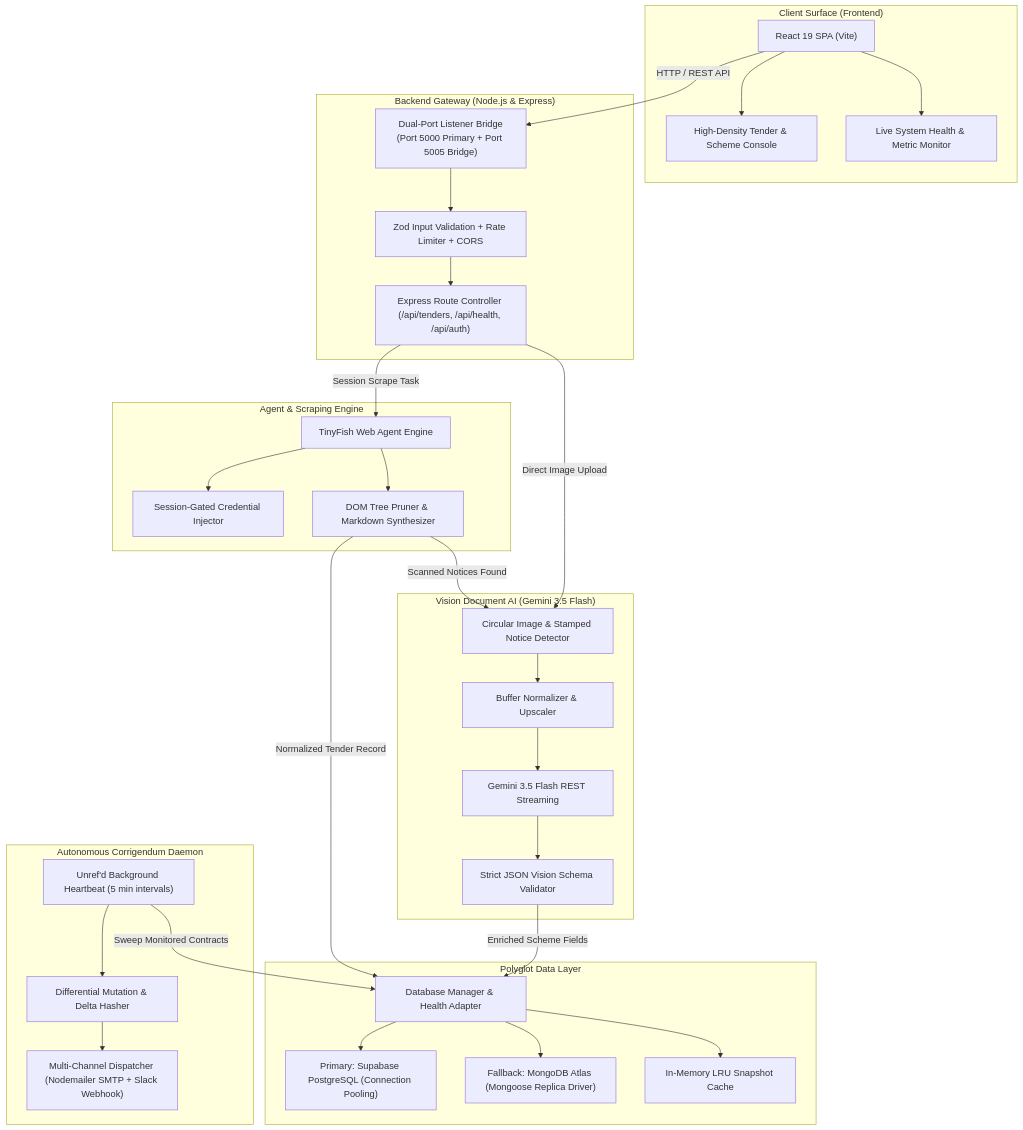
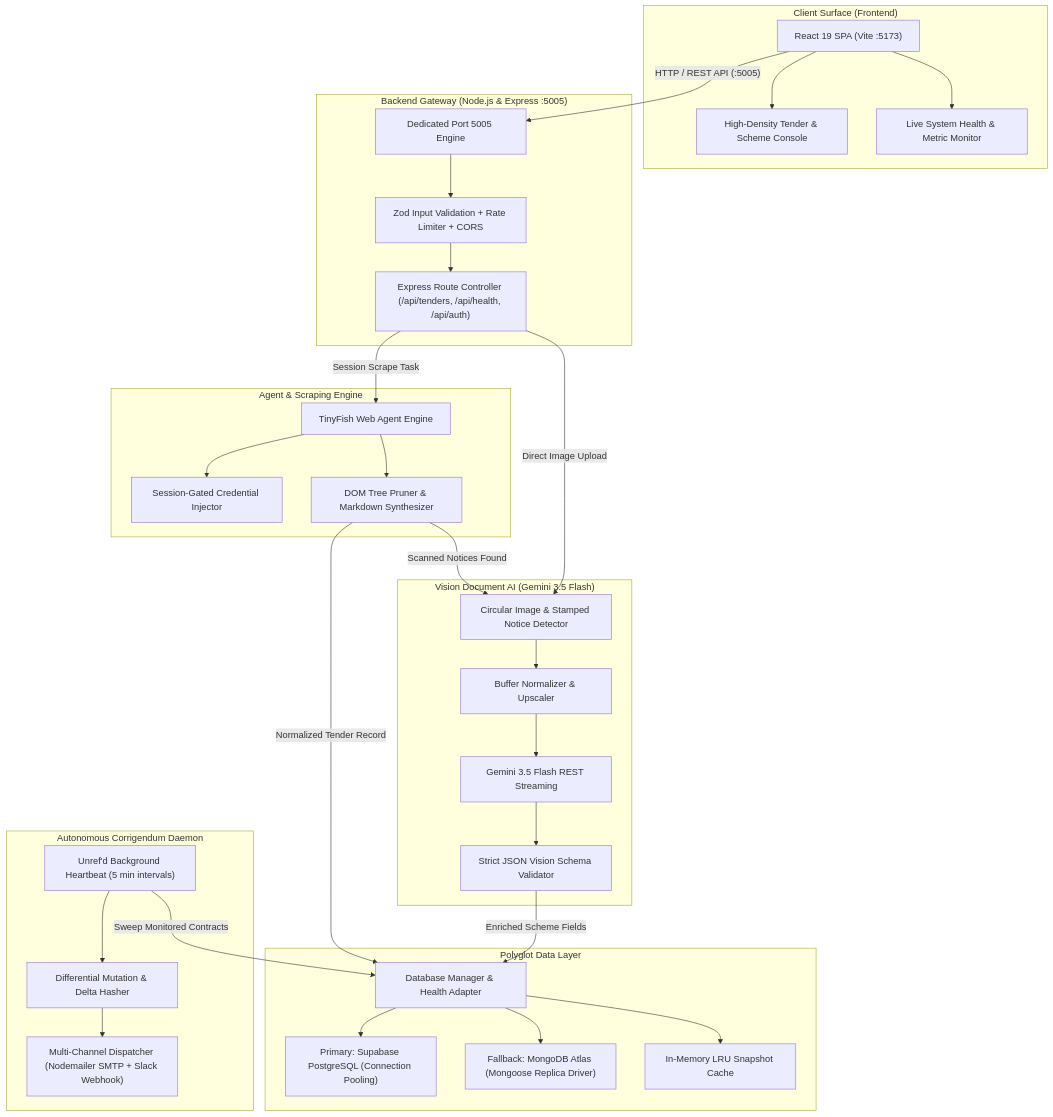
Before and after one commit to IshantXM/sarkari-sugam-ai: the first of 2 diagrams in README.md, drawn with Mermaid. The commit also changed other lines of this file and 13 other files, not shown here.

Commit message:
fix: standardize backend on single port 5005 and remove unnecessary asset images

````diff
--- a/README.md
+++ b/README.md
@@ -61,58 +89,58 @@
 ```mermaid
 graph TB
     subgraph Client_Surface ["Client Surface (Frontend)"]
-        UI["React 19 SPA (Vite)"]
+        UI["React 19 SPA (Vite :5173)"]
         Console["High-Density Tender & Scheme Console"]
         Telemetry["Live System Health & Metric Monitor"]
         UI --> Console
         UI --> Telemetry
     end
 
-    subgraph API_Gateway ["Backend Gateway (Node.js & Express)"]
-        DualPort["Dual-Port Listener Bridge\n(Port 5000 Primary + Port 5005 Bridge)"]
+    subgraph API_Gateway ["Backend Gateway (Node.js & Express :5005)"]
+        SinglePort["Dedicated Port 5005 Engine"]
         Middleware["Zod Input Validation + Rate Limiter + CORS"]
         Router["Express Route Controller (/api/tenders, /api/health, /api/auth)"]
-        DualPort --> Middleware --> Router
+        SinglePort --> Middleware --> Router
     end
 
     subgraph Agent_Intelligence ["Agent & Scraping Engine"]
         TinyFish["TinyFish Web Agent Engine"]
         SessionAuth["Session-Gated Credential Injector"]
         DOMPruner["DOM Tree Pruner & Markdown Synthesizer"]
         TinyFish --> SessionAuth
         TinyFish --> DOMPruner
     end
 
     subgraph Multimodal_Vision ["Vision Document AI (Gemini 3.5 Flash)"]
         ImgDetector["Circular Image & Stamped Notice Detector"]
         SharpPreproc["Buffer Normalizer & Upscaler"]
         GeminiFlash["Gemini 3.5 Flash REST Streaming"]
         ZodVisionSchema["Strict JSON Vision Schema Validator"]
         ImgDetector --> SharpPreproc --> GeminiFlash --> ZodVisionSchema
     end
 
     subgraph Watchdog_Daemon ["Autonomous Corrigendum Daemon"]
         Scheduler["Unref'd Background Heartbeat (5 min intervals)"]
         DiffEngine["Differential Mutation & Delta Hasher"]
         AlertDispatcher["Multi-Channel Dispatcher (Nodemailer SMTP + Slack Webhook)"]
         Scheduler --> DiffEngine --> AlertDispatcher
     end
 
     subgraph Persistence_Layer ["Polyglot Data Layer"]
         DBManager["Database Manager & Health Adapter"]
         Supabase["Primary: Supabase PostgreSQL (Connection Pooling)"]
         MongoDB["Fallback: MongoDB Atlas (Mongoose Replica Driver)"]
         SnapshotStore["In-Memory LRU Snapshot Cache"]
         DBManager --> Supabase
         DBManager --> MongoDB
         DBManager --> SnapshotStore
     end
 
-    UI -->|"HTTP / REST API"| DualPort
+    UI -->|"HTTP / REST API (:5005)"| SinglePort
     Router -->|"Session Scrape Task"| TinyFish
     DOMPruner -->|"Scanned Notices Found"| ImgDetector
     Router -->|"Direct Image Upload"| ImgDetector
     DOMPruner -->|"Normalized Tender Record"| DBManager
     ZodVisionSchema -->|"Enriched Scheme Fields"| DBManager
     Scheduler -->|"Sweep Monitored Contracts"| DBManager
 ```
````
